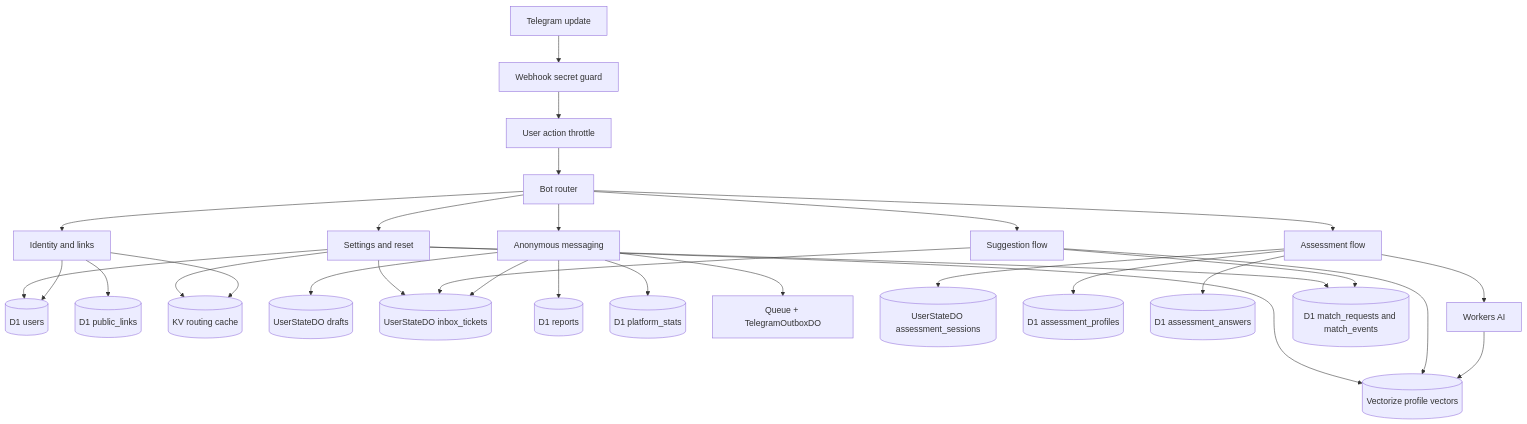
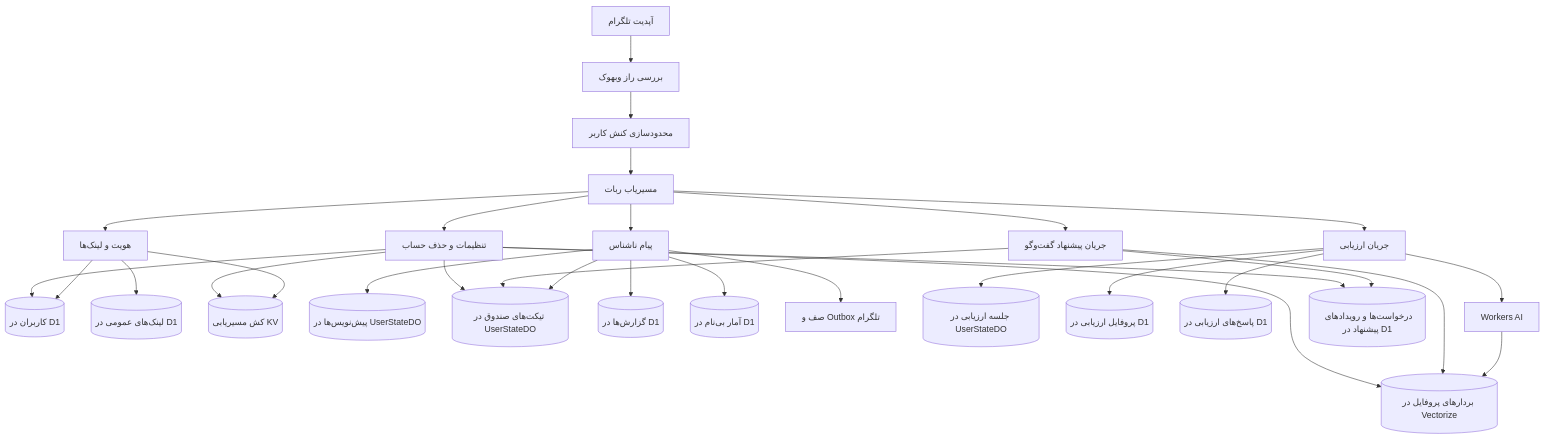
The third of 8 diagrams in content/fa/lab/anonymous-messaging-on-the-edge.md (mohetios/mohetios.dev), drawn with Mermaid before and after one commit. The commit also changed other lines of this file and 1 other file, not shown here.

````diff
--- a/content/fa/lab/anonymous-messaging-on-the-edge.md
+++ b/content/fa/lab/anonymous-messaging-on-the-edge.md
@@ -189,38 +189,38 @@
 ```mermaid
 flowchart TB
-  TG[Telegram update] --> Guard[Webhook secret guard]
-  Guard --> Rate[User action throttle]
-  Rate --> Router[Bot router]
+  TG[آپدیت تلگرام] --> Guard[بررسی راز وبهوک]
+  Guard --> Rate[محدودسازی کنش کاربر]
+  Rate --> Router[مسیریاب ربات]
 
-  Router --> Identity[Identity and links]
-  Router --> Messaging[Anonymous messaging]
-  Router --> AssessmentFlow[Assessment flow]
-  Router --> MatchingFlow[Suggestion flow]
-  Router --> Settings[Settings and reset]
+  Router --> Identity[هویت و لینک‌ها]
+  Router --> Messaging[پیام ناشناس]
+  Router --> AssessmentFlow[جریان ارزیابی]
+  Router --> MatchingFlow[جریان پیشنهاد گفت‌وگو]
+  Router --> Settings[تنظیمات و حذف حساب]
 
-  Identity --> Users[(D1 users)]
-  Identity --> Links[(D1 public_links)]
-  Identity --> KV[(KV routing cache)]
+  Identity --> Users[(کاربران در D1)]
+  Identity --> Links[(لینک‌های عمومی در D1)]
+  Identity --> KV[(کش مسیر‌یابی KV)]
 
-  Messaging --> Drafts[(UserStateDO drafts)]
-  Messaging --> Tickets[(UserStateDO inbox_tickets)]
-  Messaging --> Reports[(D1 reports)]
-  Messaging --> Stats[(D1 platform_stats)]
-  Messaging --> Outbox[Queue + TelegramOutboxDO]
+  Messaging --> Drafts[(پیش‌نویس‌ها در UserStateDO)]
+  Messaging --> Tickets[(تیکت‌های صندوق در UserStateDO)]
+  Messaging --> Reports[(گزارش‌ها در D1)]
+  Messaging --> Stats[(آمار بی‌نام در D1)]
+  Messaging --> Outbox[صف و Outbox تلگرام]
 
-  AssessmentFlow --> Session[(UserStateDO assessment_sessions)]
-  AssessmentFlow --> Profiles[(D1 assessment_profiles)]
-  AssessmentFlow --> Answers[(D1 assessment_answers)]
+  AssessmentFlow --> Session[(جلسه ارزیابی در UserStateDO)]
+  AssessmentFlow --> Profiles[(پروفایل ارزیابی در D1)]
+  AssessmentFlow --> Answers[(پاسخ‌های ارزیابی در D1)]
   AssessmentFlow --> AI[Workers AI]
-  AI --> Vectors[(Vectorize profile vectors)]
+  AI --> Vectors[(بردارهای پروفایل در Vectorize)]
 
-  MatchingFlow --> MatchRows[(D1 match_requests and match_events)]
+  MatchingFlow --> MatchRows[(درخواست‌ها و رویدادهای پیشنهاد در D1)]
   MatchingFlow --> Vectors
   MatchingFlow --> Tickets
 
   Settings --> Users
   Settings --> Tickets
   Settings --> MatchRows
   Settings --> KV
   Settings --> Vectors
 ```
````
